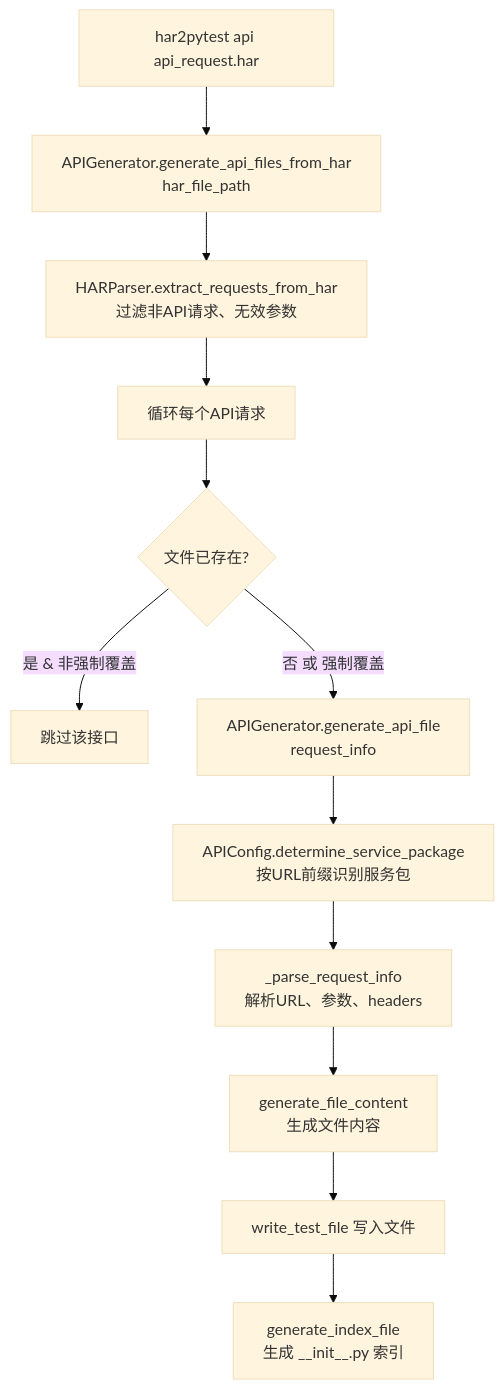
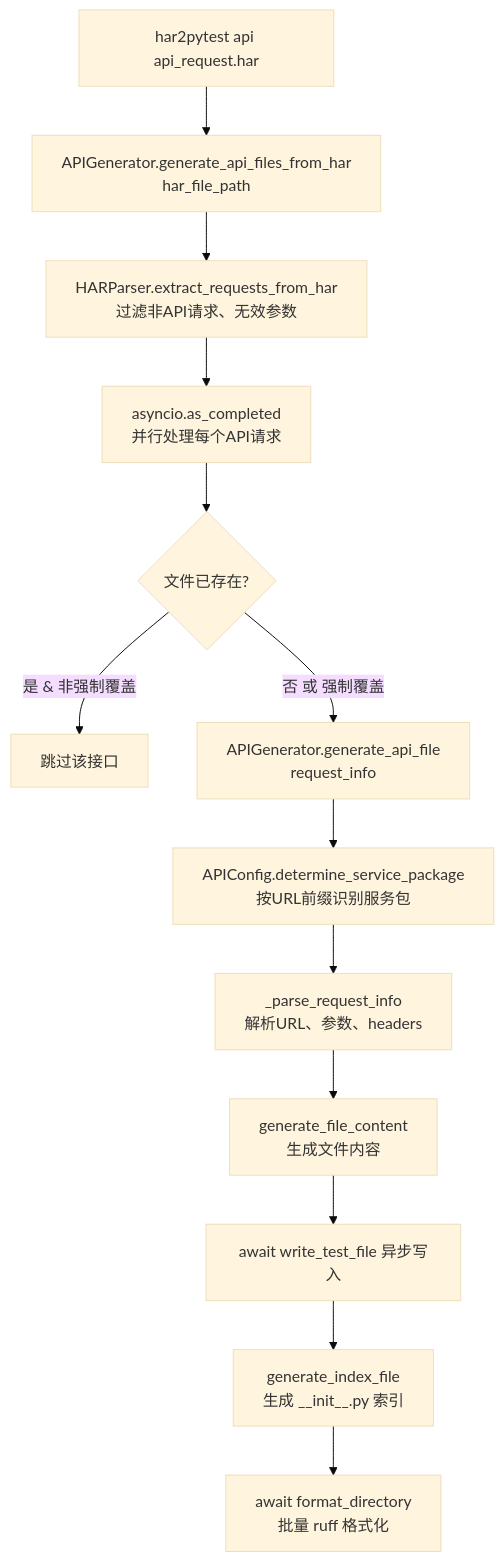
The first of 2 diagrams in docs/api_file_generation.md (hewei198711/har2pytest), drawn with Mermaid (base theme) before and after one commit. The commit also changed other lines of this file and 3785 other files, not shown here.

````diff
--- a/docs/api_file_generation.md
+++ b/docs/api_file_generation.md
@@ -22,14 +22,15 @@
 ```mermaid
 flowchart TD
     A[har2pytest api api_request.har] --> B[APIGenerator.generate_api_files_from_har<br/>har_file_path]
     B --> C[HARParser.extract_requests_from_har<br/>过滤非API请求、无效参数]
-    C --> D[循环每个API请求]
+    C --> D[asyncio.as_completed<br/>并行处理每个API请求]
     D --> E{文件已存在?}
     E -->|是 & 非强制覆盖| F[跳过该接口]
     E -->|否 或 强制覆盖| G[APIGenerator.generate_api_file<br/>request_info]
     G --> H[APIConfig.determine_service_package<br/>按URL前缀识别服务包]
     H --> I[_parse_request_info<br/>解析URL、参数、headers]
     I --> J[generate_file_content<br/>生成文件内容]
-    J --> K[write_test_file 写入文件]
+    J --> K[await write_test_file 异步写入]
     K --> L[generate_index_file<br/>生成 __init__.py 索引]
+    L --> M[await format_directory<br/>批量 ruff 格式化]
 ```
````
